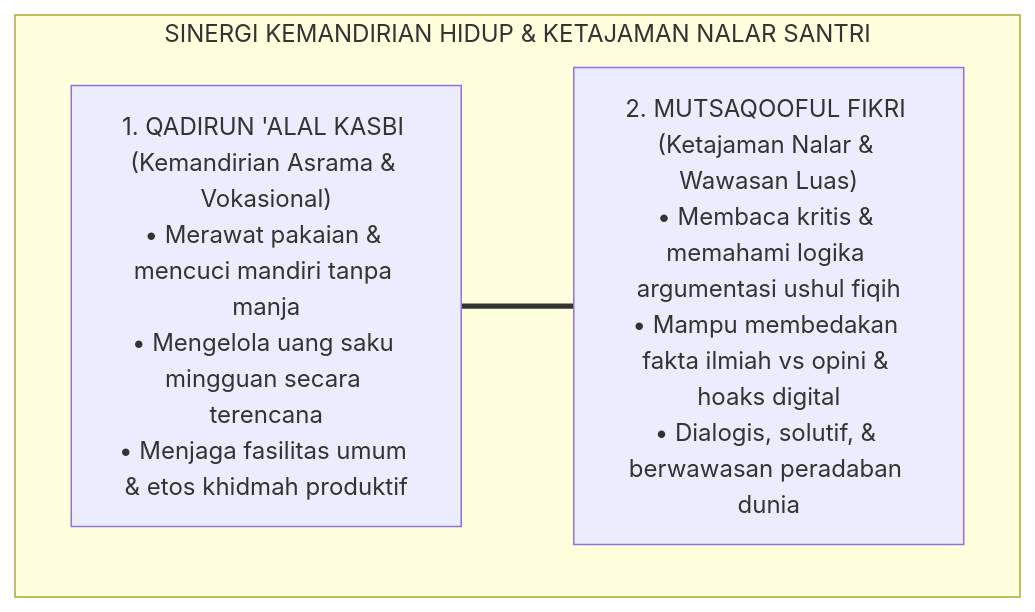
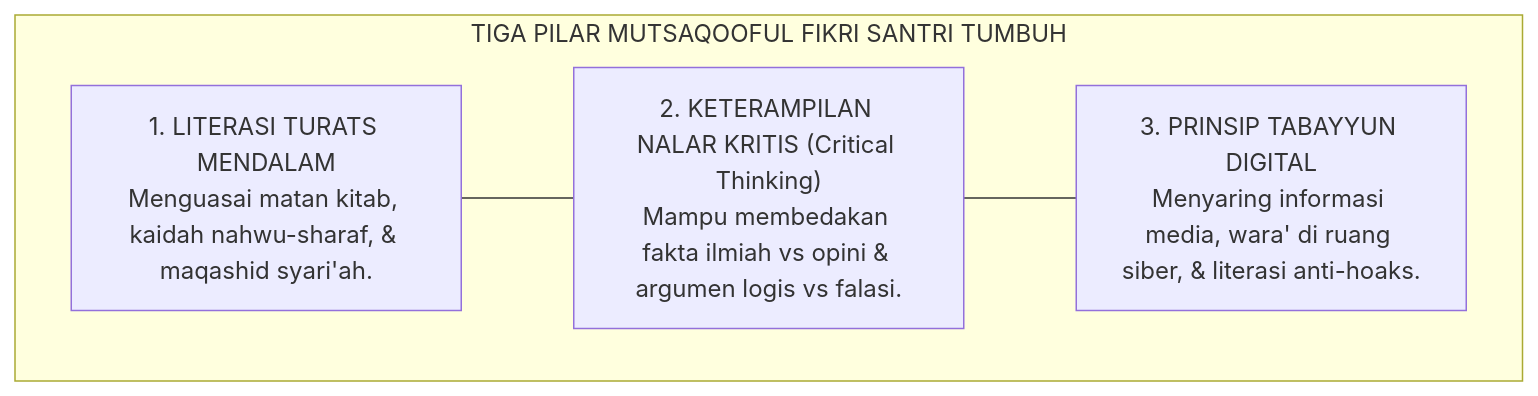
Before and after one commit to wandiapriliyandi/tumbuh: diagram 12 of 47 in BOOK-SERIES/Volume-02/Buku-Volume-02-Taksonomi-Kapasitas-dan-10-Profil-Karakter.md, drawn with Mermaid. The commit also changed other lines of this file and 27 other files, not shown here.

````diff
--- a/BOOK-SERIES/Volume-02/Buku-Volume-02-Taksonomi-Kapasitas-dan-10-Profil-Karakter.md
+++ b/BOOK-SERIES/Volume-02/Buku-Volume-02-Taksonomi-Kapasitas-dan-10-Profil-Karakter.md
@@ -826,10 +663,12 @@
 ```mermaid
 graph TD
-    subgraph SinergiKemandirianNalar["SINERGI KEMANDIRIAN HIDUP & KETAJAMAN NALAR SANTRI"]
-        Kasbi["1. QADIRUN 'ALAL KASBI (Kemandirian Asrama & Vokasional)<br/>• Merawat pakaian & mencuci mandiri tanpa manja<br/>• Mengelola uang saku mingguan secara terencana<br/>• Menjaga fasilitas umum & etos khidmah produktif"]
+    subgraph PilarNalar["TIGA PILAR MUTSAQOOFUL FIKRI SANTRI TUMBUH"]
+        N1["1. LITERASI TURATS MENDALAM<br/>Menguasai matan kitab, kaidah nahwu-sharaf, & maqashid syari'ah."]
         
-        Fikri["2. MUTSAQOOFUL FIKRI (Ketajaman Nalar & Wawasan Luas)<br/>• Membaca kritis & memahami logika argumentasi ushul fiqih<br/>• Mampu membedakan fakta ilmiah vs opini & hoaks digital<br/>• Dialogis, solutif, & berwawasan peradaban dunia"]
+        N2["2. KETERAMPILAN NALAR KRITIS (Critical Thinking)<br/>Mampu membedakan fakta ilmiah vs opini & argumen logis vs falasi."]
         
-        Kasbi === Fikri
+        N3["3. PRINSIP TABAYYUN DIGITAL<br/>Menyaring informasi media, wara' di ruang siber, & literasi anti-hoaks."]
+        
+        N1 --- N2 --- N3
     end
 ```
````
